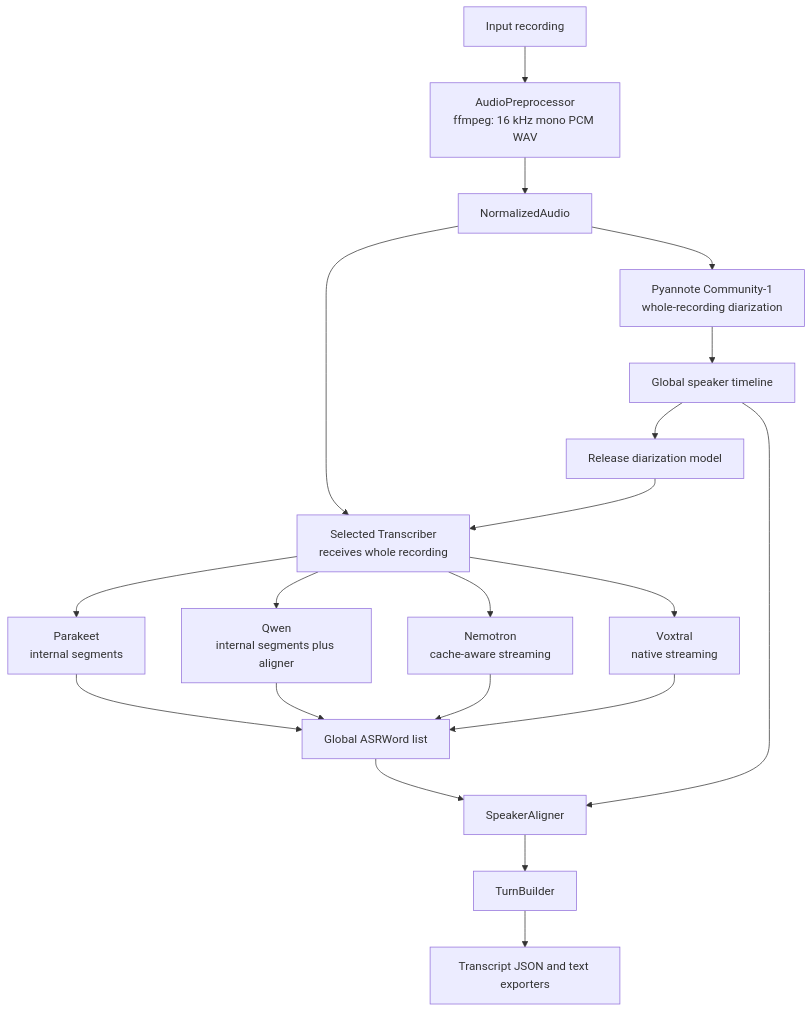
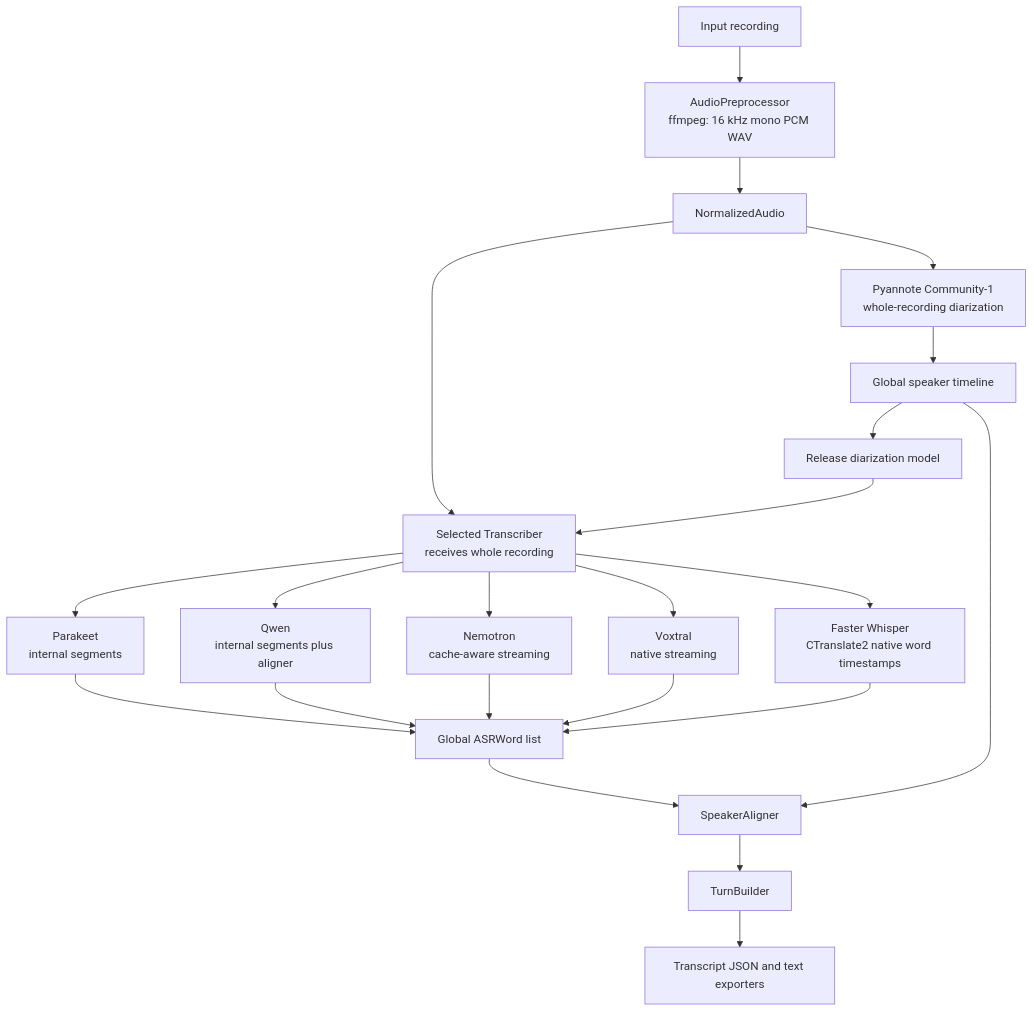
One commit to balex42/transcription-pipeline changed the diagram in README.md. Above: the diagram before and after it, drawn with Mermaid. The commit also changed other lines of this file and 16 other files, not shown here.

Commit message:
Add faster-whisper CTranslate2 ASR backend

````diff
--- a/README.md
+++ b/README.md
@@ -11,22 +11,24 @@
 ```mermaid
 flowchart TD
     input[Input recording] --> normalize[AudioPreprocessor\nffmpeg: 16 kHz mono PCM WAV]
     normalize --> audio[NormalizedAudio]
     audio --> diarize[Pyannote Community-1\nwhole-recording diarization]
     diarize --> timeline[Global speaker timeline]
     timeline --> release[Release diarization model]
     audio --> transcriber[Selected Transcriber\nreceives whole recording]
     release --> transcriber
     transcriber --> parakeet[Parakeet\ninternal segments]
     transcriber --> qwen[Qwen\ninternal segments plus aligner]
     transcriber --> nemotron[Nemotron\ncache-aware streaming]
     transcriber --> voxtral[Voxtral\nnative streaming]
+    transcriber --> faster_whisper[Faster Whisper\nCTranslate2 native word timestamps]
     parakeet --> words[Global ASRWord list]
     qwen --> words
     nemotron --> words
     voxtral --> words
+    faster_whisper --> words
     words --> align[SpeakerAligner]
     timeline --> align
     align --> turns[TurnBuilder]
     turns --> export[Transcript JSON and text exporters]
 ```
````
